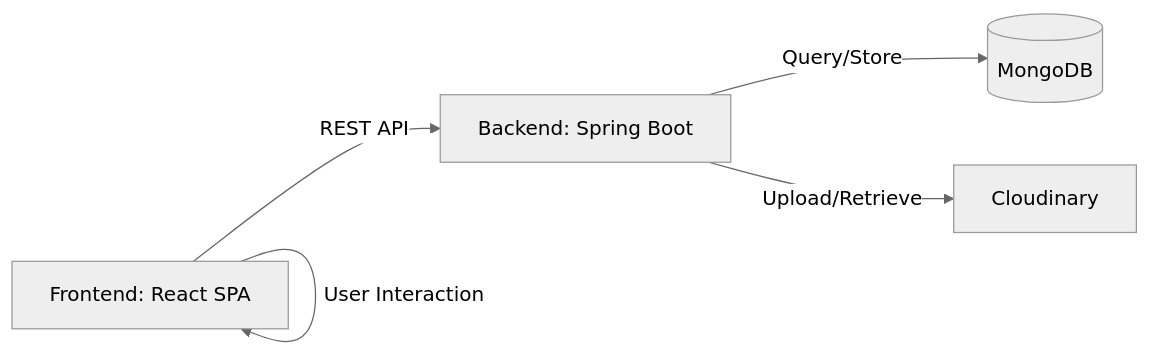
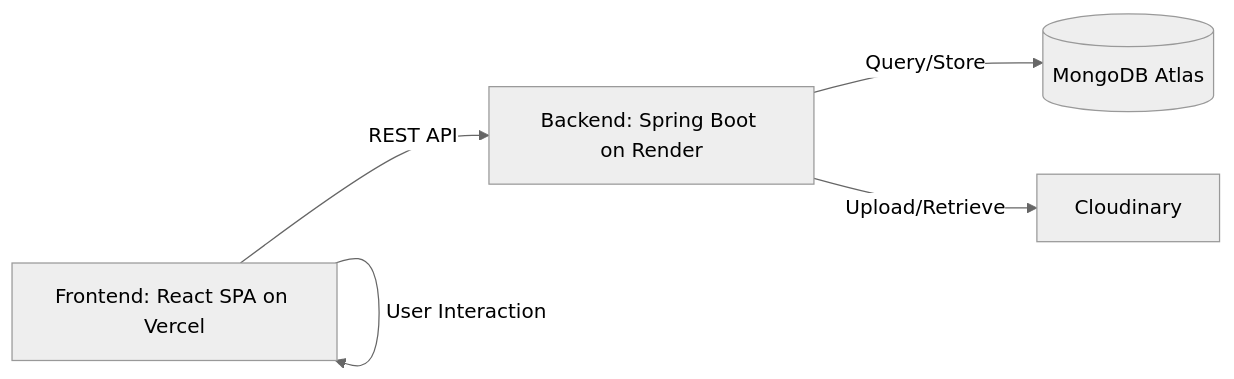
One commit to vivekYadav129/Matty changed the diagram in README.md. Above: the diagram before and after it, drawn with Mermaid (neutral theme). The commit also changed other lines of this file and 78 other files, not shown here.

````diff
--- a/README.md
+++ b/README.md
@@ -82,7 +75,7 @@
 ```mermaid
 graph LR
-    A[Frontend: React SPA] -- REST API --> B[Backend: Spring Boot]
-    B -- Query/Store --> C[(MongoDB)]
+    A[Frontend: React SPA on Vercel] -- REST API --> B[Backend: Spring Boot on Render]
+    B -- Query/Store --> C[(MongoDB Atlas)]
     B -- Upload/Retrieve --> D[Cloudinary]
     A -- User Interaction --> A
 ```
````
